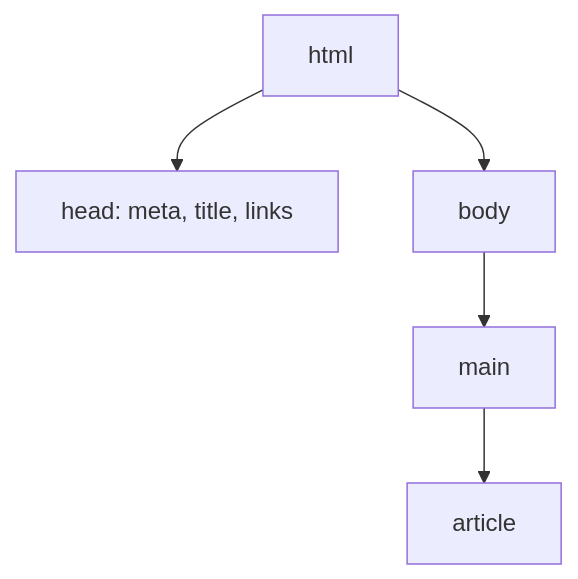
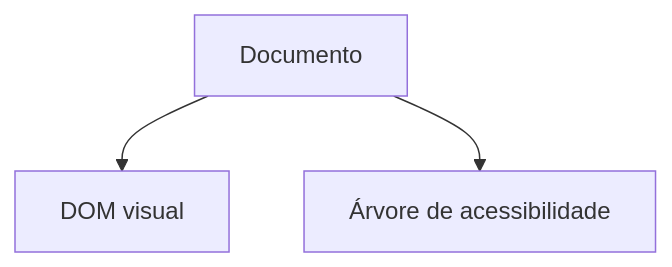
One commit to tiagocosmai/study-materials changed the diagram in frontend/02-html.md. Above: the diagram before and after it, drawn with Mermaid. The commit also changed other lines of this file and 14 other files, not shown here.

````diff
--- a/frontend/02-html.md
+++ b/frontend/02-html.md
@@ -7,8 +7,8 @@
 ```mermaid
 flowchart TB
-  DOC[html]
-  DOC --> HEAD[head: meta, title, links]
-  DOC --> BODY[body]
-  BODY --> MAIN[main]
-  MAIN --> ART[article]
+  DOC[Documento]
+  DOM[DOM visual]
+  A11y[Árvore de acessibilidade]
+  DOC --> DOM
+  DOC --> A11y
 ```
````
